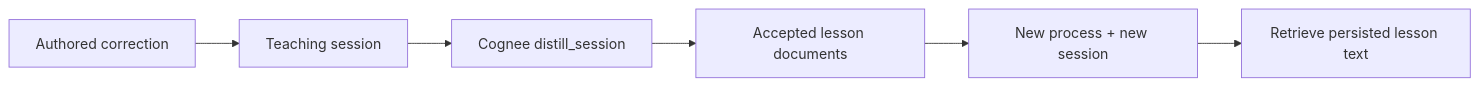
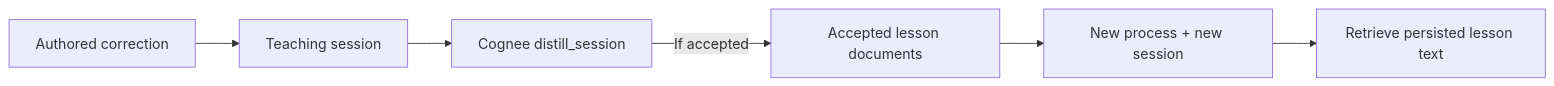
The fourth of 4 diagrams in examples/cognee/README.md (superlinked/sie), drawn with Mermaid before and after one commit. The commit also changed other lines of this file and 5 other files, not shown here.

````diff
--- a/examples/cognee/README.md
+++ b/examples/cognee/README.md
@@ -193,8 +207,8 @@
 ```mermaid
 flowchart LR
   A[Authored correction] --> B[Teaching session]
   B --> C[Cognee distill_session]
-  C --> D[Accepted lesson documents]
+  C -->|If accepted| D[Accepted lesson documents]
   D --> E[New process + new session]
   E --> F[Retrieve persisted lesson text]
 ```
````
